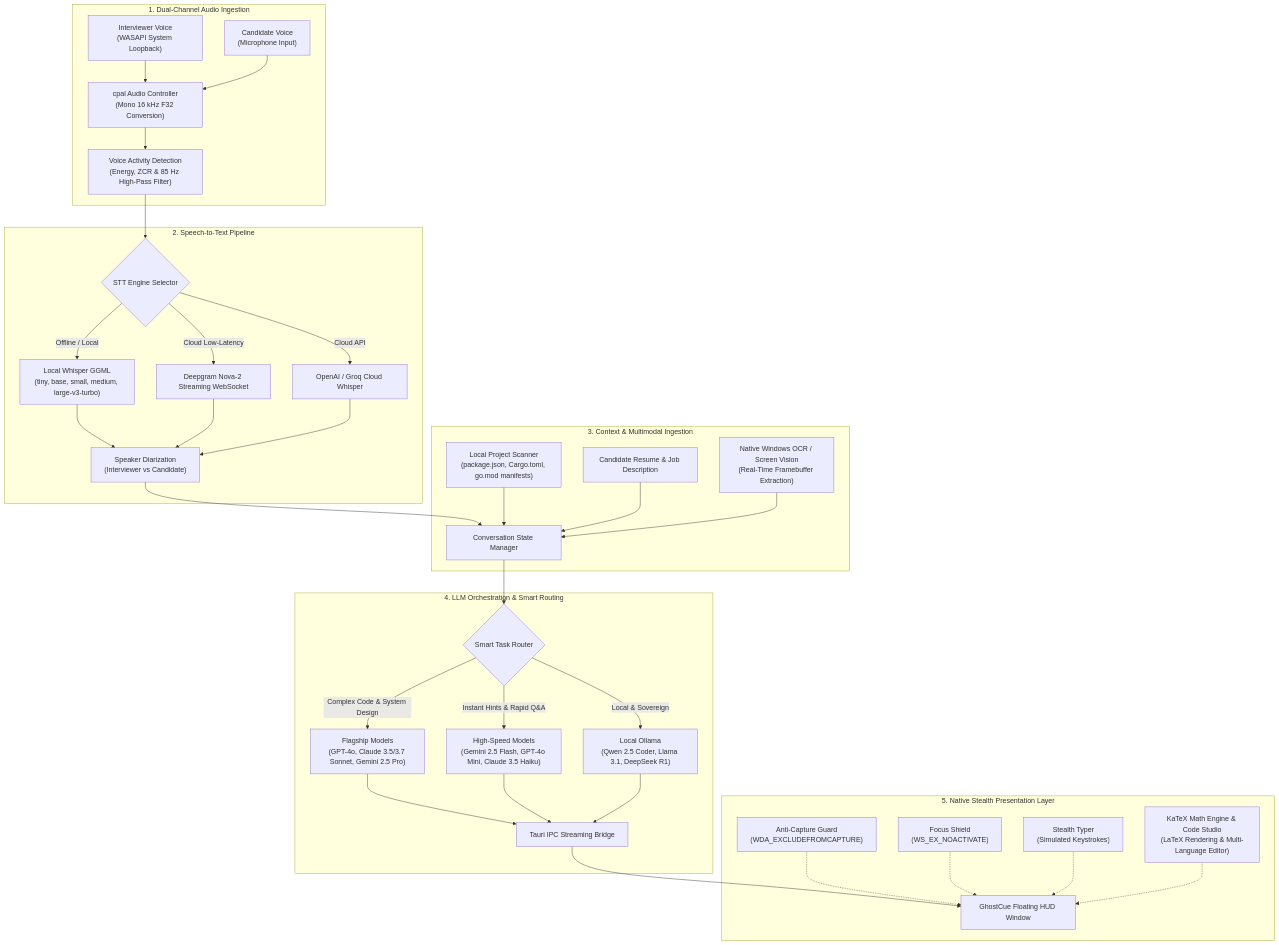
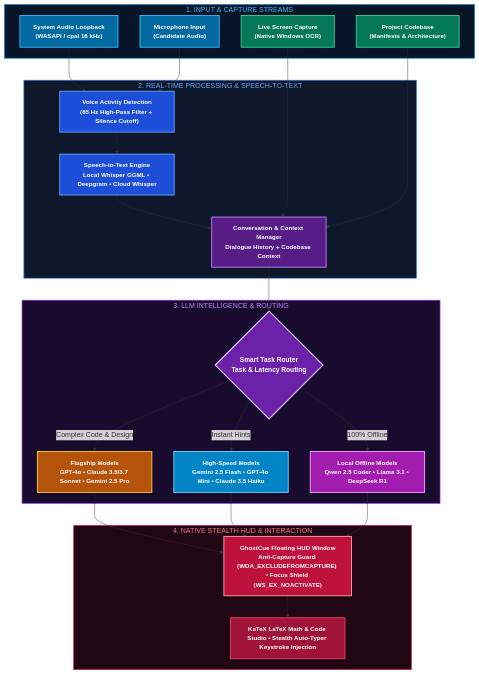
Before and after one commit to Aera0908/GhostCue: the first of 2 diagrams in README.md, drawn with Mermaid. The commit also changed other lines of this file, not shown here.

Commit message:
docs: optimize Mermaid diagrams with compact full-width layout and vibrant high-contrast theme styling

````diff
--- a/README.md
+++ b/README.md
@@ -49,50 +49,61 @@
 ```mermaid
 flowchart TD
-    subgraph AudioIngestion["1. Dual-Channel Audio Ingestion"]
-        WASAPI["Interviewer Voice<br/>(WASAPI System Loopback)"]
-        MIC["Candidate Voice<br/>(Microphone Input)"]
-        CPAL["cpal Audio Controller<br/>(Mono 16 kHz F32 Conversion)"]
-        VAD["Voice Activity Detection<br/>(Energy, ZCR & 85 Hz High-Pass Filter)"]
-        
-        WASAPI --> CPAL
-        MIC --> CPAL
-        CPAL --> VAD
+    subgraph S1 ["1. INPUT & CAPTURE STREAMS"]
+        WASAPI["System Audio Loopback<br/>(WASAPI / cpal 16 kHz)"]:::cyan
+        MIC["Microphone Input<br/>(Candidate Audio)"]:::cyan
+        VISION["Live Screen Capture<br/>(Native Windows OCR)"]:::emerald
+        REPO["Project Codebase<br/>(Manifests & Architecture)"]:::emerald
     end
 
-    subgraph SpeechPipeline["2. Speech-to-Text Pipeline"]
-        VAD --> STT_SELECT{"STT Engine Selector"}
-        STT_SELECT -->|"Offline / Local"| WHISPER["Local Whisper GGML<br/>(tiny, base, small, medium, large-v3-turbo)"]
-        STT_SELECT -->|"Cloud Low-Latency"| DEEPGRAM["Deepgram Nova-2 Streaming WebSocket"]
-        STT_SELECT -->|"Cloud API"| CLOUD_WHISPER["OpenAI / Groq Cloud Whisper"]
-        
-        WHISPER --> DIARIZATION["Speaker Diarization<br/>(Interviewer vs Candidate)"]
-        DEEPGRAM --> DIARIZATION
-        CLOUD_WHISPER --> DIARIZATION
+    subgraph S2 ["2. REAL-TIME PROCESSING & SPEECH-TO-TEXT"]
+        VAD["Voice Activity Detection<br/>(85 Hz High-Pass Filter + Silence Cutoff)"]:::blue
+        STT["Speech-to-Text Engine<br/>Local Whisper GGML • Deepgram • Cloud Whisper"]:::blue
+        STATE["Conversation & Context Manager<br/>Dialogue History + Codebase Context"]:::purple
     end
 
-    subgraph ContextAssembly["3. Context & Multimodal Ingestion"]
-        DIARIZATION --> CONTEXT_BUS["Conversation State Manager"]
-        SCANNER["Local Project Scanner<br/>(package.json, Cargo.toml, go.mod manifests)"] --> CONTEXT_BUS
-        PROFILE["Candidate Resume & Job Description"] --> CONTEXT_BUS
-        OCR["Native Windows OCR / Screen Vision<br/>(Real-Time Framebuffer Extraction)"] --> CONTEXT_BUS
+    subgraph S3 ["3. LLM INTELLIGENCE & ROUTING"]
+        ROUTER{"Smart Task Router<br/>Task & Latency Routing"}:::purpleAcc
+        FLAGSHIP["Flagship Models<br/>GPT-4o • Claude 3.5/3.7 Sonnet • Gemini 2.5 Pro"]:::amber
+        FAST["High-Speed Models<br/>Gemini 2.5 Flash • GPT-4o Mini • Claude 3.5 Haiku"]:::sky
+        OLLAMA["Local Offline Models<br/>Qwen 2.5 Coder • Llama 3.1 • DeepSeek R1"]:::fuchsia
     end
 
-    subgraph ModelRouting["4. LLM Orchestration & Smart Routing"]
-        CONTEXT_BUS --> ROUTER{"Smart Task Router"}
-        ROUTER -->|"Complex Code & System Design"| FLAGSHIP["Flagship Models<br/>(GPT-4o, Claude 3.5/3.7 Sonnet, Gemini 2.5 Pro)"]
-        ROUTER -->|"Instant Hints & Rapid Q&A"| FAST["High-Speed Models<br/>(Gemini 2.5 Flash, GPT-4o Mini, Claude 3.5 Haiku)"]
-        ROUTER -->|"Local & Sovereign"| OLLAMA["Local Ollama<br/>(Qwen 2.5 Coder, Llama 3.1, DeepSeek R1)"]
-        
-        FLAGSHIP --> IPC_STREAM["Tauri IPC Streaming Bridge"]
-        FAST --> IPC_STREAM
-        OLLAMA --> IPC_STREAM
+    subgraph S4 ["4. NATIVE STEALTH HUD & INTERACTION"]
+        HUD["GhostCue Floating HUD Window<br/>Anti-Capture Guard (WDA_EXCLUDEFROMCAPTURE) • Focus Shield (WS_EX_NOACTIVATE)"]:::rose
+        OUTPUT["KaTeX LaTeX Math & Code Studio • Stealth Auto-Typer Keystroke Injection"]:::roseAcc
     end
 
-    subgraph DesktopHUD["5. Native Stealth Presentation Layer"]
-        IPC_STREAM --> HUD["GhostCue Floating HUD Window"]
-        SEC_CAP["Anti-Capture Guard<br/>(WDA_EXCLUDEFROMCAPTURE)"] -.-> HUD
-        SEC_FOC["Focus Shield<br/>(WS_EX_NOACTIVATE)"] -.-> HUD
-        SEC_TYP["Stealth Typer<br/>(Simulated Keystrokes)"] -.-> HUD
-        SEC_KAT["KaTeX Math Engine & Code Studio<br/>(LaTeX Rendering & Multi-Language Editor)"] -.-> HUD
-    end
+    WASAPI --> VAD
+    MIC --> VAD
+    VAD --> STT
+    STT --> STATE
+    VISION --> STATE
+    REPO --> STATE
+
+    STATE --> ROUTER
+    ROUTER -->|"Complex Code & Design"| FLAGSHIP
+    ROUTER -->|"Instant Hints"| FAST
+    ROUTER -->|"100% Offline"| OLLAMA
+
+    FLAGSHIP --> HUD
+    FAST --> HUD
+    OLLAMA --> HUD
+    HUD --> OUTPUT
+
+    %% High-Contrast Vibrant Color Classes
+    classDef cyan fill:#0369a1,stroke:#38bdf8,stroke-width:2px,color:#ffffff,font-size:14px,font-weight:bold;
+    classDef blue fill:#1d4ed8,stroke:#60a5fa,stroke-width:2px,color:#ffffff,font-size:14px,font-weight:bold;
+    classDef emerald fill:#047857,stroke:#34d399,stroke-width:2px,color:#ffffff,font-size:14px,font-weight:bold;
+    classDef purple fill:#581c87,stroke:#c084fc,stroke-width:2px,color:#ffffff,font-size:14px,font-weight:bold;
+    classDef purpleAcc fill:#6b21a8,stroke:#e9d5ff,stroke-width:2.5px,color:#ffffff,font-size:15px,font-weight:bold;
+    classDef amber fill:#b45309,stroke:#fcd34d,stroke-width:2px,color:#ffffff,font-size:14px,font-weight:bold;
+    classDef sky fill:#0284c7,stroke:#7dd3fc,stroke-width:2px,color:#ffffff,font-size:14px,font-weight:bold;
+    classDef fuchsia fill:#a21caf,stroke:#f0abfc,stroke-width:2px,color:#ffffff,font-size:14px,font-weight:bold;
+    classDef rose fill:#be123c,stroke:#fda4af,stroke-width:2px,color:#ffffff,font-size:14px,font-weight:bold;
+    classDef roseAcc fill:#9f1239,stroke:#f43f5e,stroke-width:2px,color:#ffffff,font-size:14px,font-weight:bold;
+
+    style S1 fill:#081528,stroke:#0284c7,stroke-width:1.5px,color:#38bdf8;
+    style S2 fill:#0f172a,stroke:#3b82f6,stroke-width:1.5px,color:#60a5fa;
+    style S3 fill:#190b2e,stroke:#9333ea,stroke-width:1.5px,color:#c084fc;
+    style S4 fill:#200714,stroke:#e11d48,stroke-width:1.5px,color:#fb7185;
 ```
````
